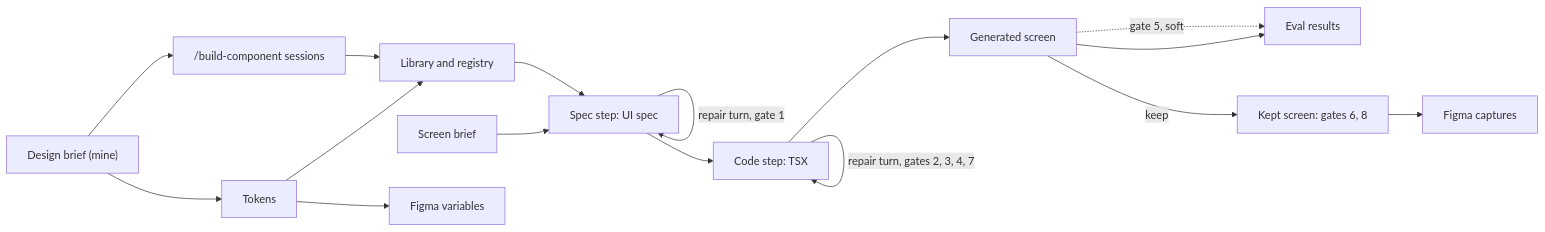
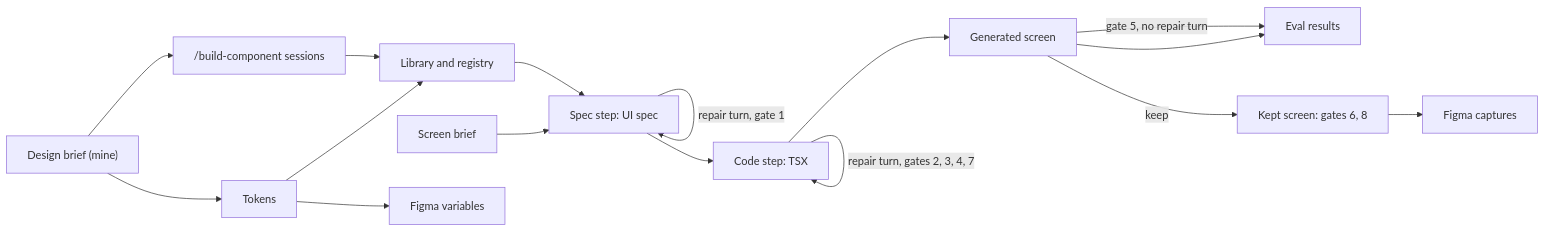
Before and after one commit to gianko/design-demo: the diagram in docs/case-study.md, drawn with Mermaid. The commit also changed other lines of this file, not shown here.

First line of the commit message:
Fill the case study's gate 5, calibration and component frame numbers

````diff
--- a/docs/case-study.md
+++ b/docs/case-study.md
@@ -32,18 +32,18 @@
 ```mermaid
 flowchart LR
   DB["Design brief (mine)"] --> TK[Tokens]
   DB --> BC["/build-component sessions"]
   TK --> LIB[Library and registry]
   BC --> LIB
   SB[Screen brief] --> SP["Spec step: UI spec"]
   LIB --> SP
   SP -->|"repair turn, gate 1"| SP
   SP --> CD["Code step: TSX"]
   CD -->|"repair turn, gates 2, 3, 4, 7"| CD
   CD --> GS[Generated screen]
   GS --> EV[Eval results]
-  GS -.->|"gate 5, soft"| EV
+  GS -->|"gate 5, no repair turn"| EV
   GS -->|keep| KS["Kept screen: gates 6, 8"]
   TK --> FV[Figma variables]
   KS --> FC[Figma captures]
 ```
````
